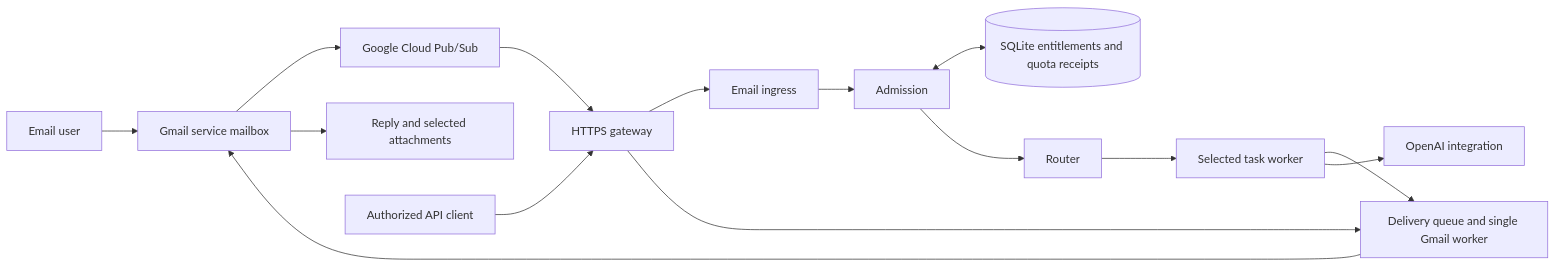
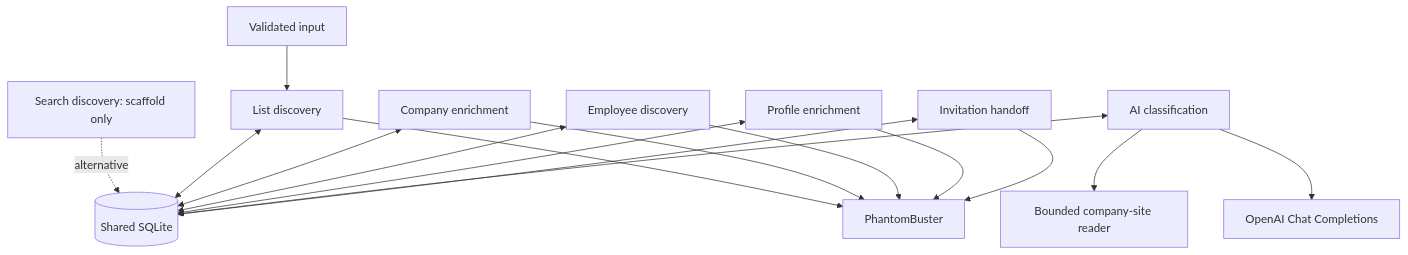
The first of 2 diagrams in ARCHITECTURE.md (josefdeutsch/portfolio), drawn with Mermaid before and after one commit. The commit also changed other lines of this file and 4 other files, not shown here.

````diff
--- a/ARCHITECTURE.md
+++ b/ARCHITECTURE.md
@@ -7,17 +9,18 @@
 ```mermaid
-flowchart LR
-    U[Email user] --> G[Gmail service mailbox]
-    G --> P[Google Cloud Pub/Sub]
-    P --> N[HTTPS gateway]
-    N --> W[Email ingress]
-    W --> A[Admission]
-    A <--> S[(SQLite entitlements and quota receipts)]
-    A --> R[Router]
-    R --> F[Selected task worker]
-    F --> D[Delivery queue and single Gmail worker]
-    D --> G
-    G --> O[Reply and selected attachments]
-    F --> M[OpenAI integration]
-    X[Authorized API client] --> N
-    N --> D
+flowchart TD
+    Seed[Validated input] --> List[List discovery]
+    Search[Search discovery: scaffold only] -. alternative .-> DB[(Shared SQLite)]
+    List <--> DB
+    Account[Company enrichment] <--> DB
+    Employees[Employee discovery] <--> DB
+    Profile[Profile enrichment] <--> DB
+    Classifier[AI classification] <--> DB
+    Invite[Invitation handoff] <--> DB
+    List --> PB[PhantomBuster]
+    Account --> PB
+    Employees --> PB
+    Profile --> PB
+    Invite --> PB
+    Classifier --> Reader[Bounded company-site reader]
+    Classifier --> LLM[OpenAI Chat Completions]
 ```
````
